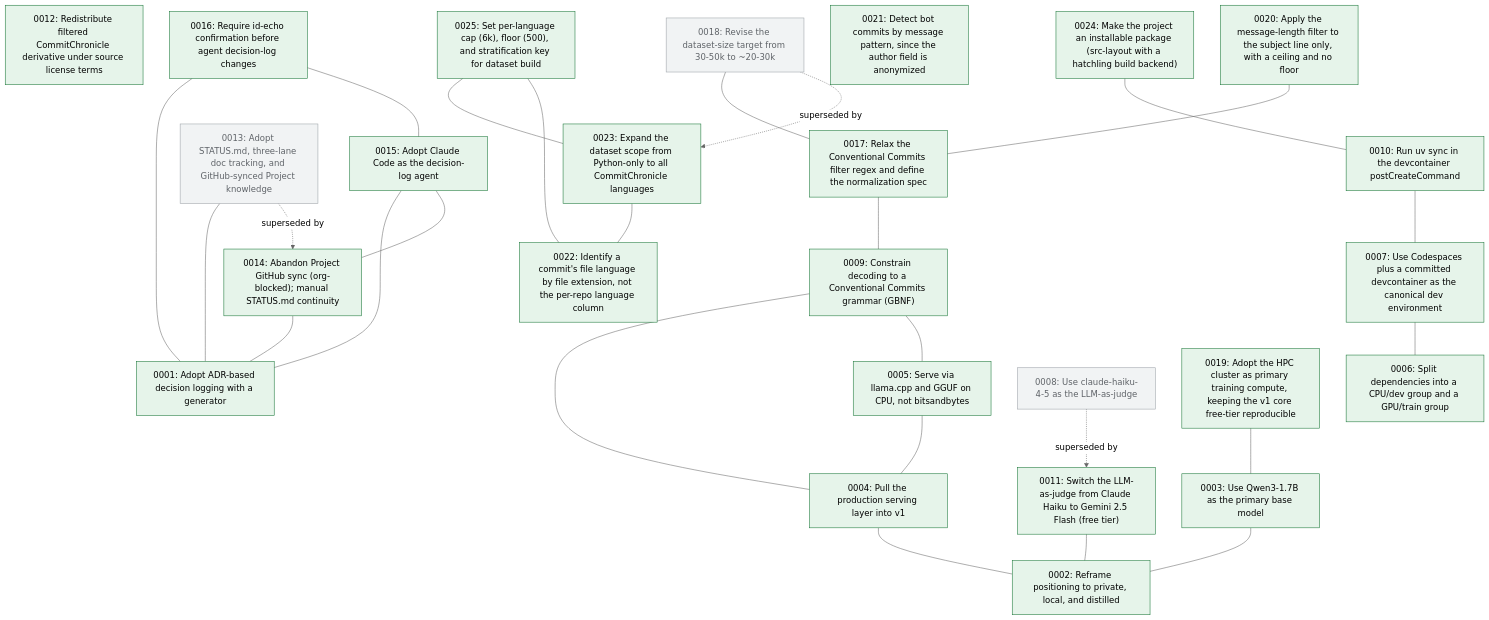
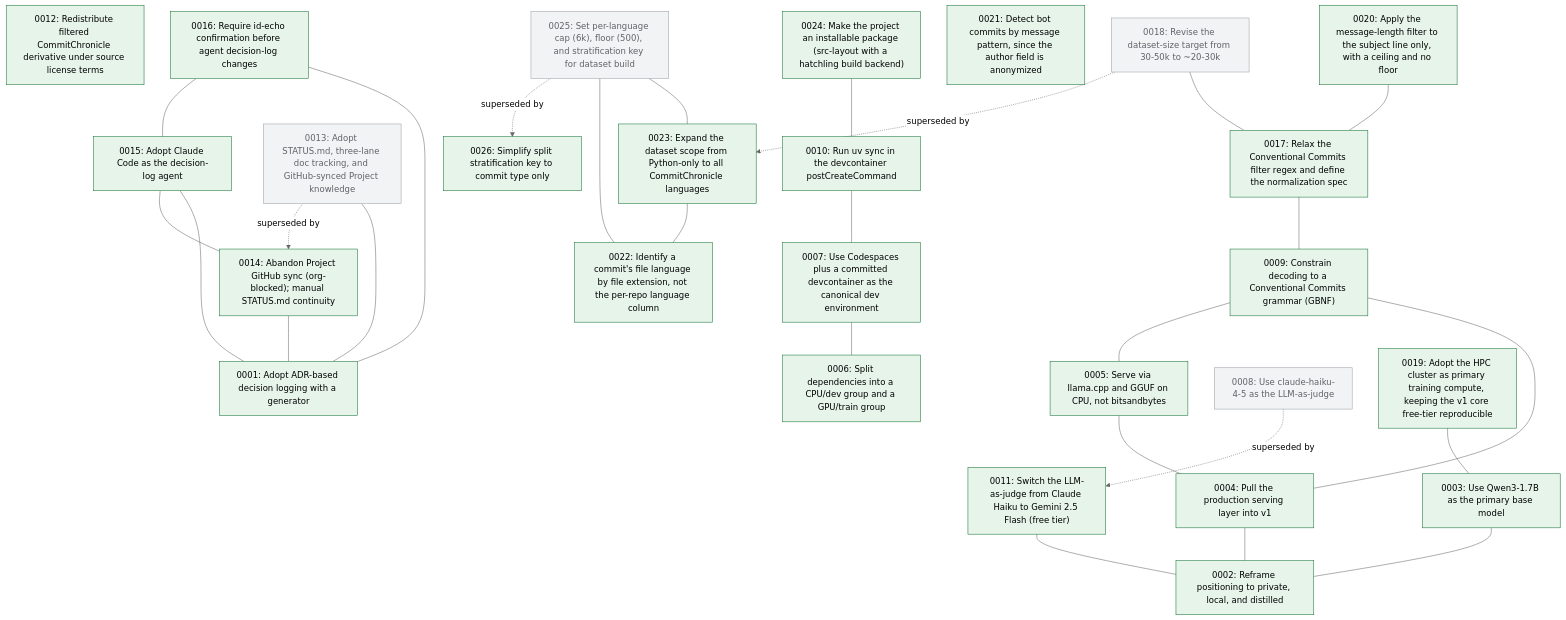
Before and after one commit to marzoukbaig14/Committed: the diagram in docs/decision-tree.md, drawn with Mermaid (neutral theme). The commit also changed 3 other files, not shown here.

Commit message:
docs: refine ADR 0025 stratification key to type-only (ADR 0026)

````diff
--- a/docs/decision-tree.md
+++ b/docs/decision-tree.md
@@ -5,57 +5,59 @@
 ```mermaid
 graph TD
   n0001["0001: Adopt ADR-based decision logging with a generator"]:::accepted
   n0002["0002: Reframe positioning to private, local, and distilled"]:::accepted
   n0003["0003: Use Qwen3-1.7B as the primary base model"]:::accepted
   n0004["0004: Pull the production serving layer into v1"]:::accepted
   n0005["0005: Serve via llama.cpp and GGUF on CPU, not bitsandbytes"]:::accepted
   n0006["0006: Split dependencies into a CPU/dev group and a GPU/train group"]:::accepted
   n0007["0007: Use Codespaces plus a committed devcontainer as the canonical dev environment"]:::accepted
   n0008["0008: Use claude-haiku-4-5 as the LLM-as-judge"]:::superseded
   n0009["0009: Constrain decoding to a Conventional Commits grammar (GBNF)"]:::accepted
   n0010["0010: Run uv sync in the devcontainer postCreateCommand"]:::accepted
   n0011["0011: Switch the LLM-as-judge from Claude Haiku to Gemini 2.5 Flash (free tier)"]:::accepted
   n0012["0012: Redistribute filtered CommitChronicle derivative under source license terms"]:::accepted
   n0013["0013: Adopt STATUS.md, three-lane doc tracking, and GitHub-synced Project knowledge"]:::superseded
   n0014["0014: Abandon Project GitHub sync (org-blocked); manual STATUS.md continuity"]:::accepted
   n0015["0015: Adopt Claude Code as the decision-log agent"]:::accepted
   n0016["0016: Require id-echo confirmation before agent decision-log changes"]:::accepted
   n0017["0017: Relax the Conventional Commits filter regex and define the normalization spec"]:::accepted
   n0018["0018: Revise the dataset-size target from 30-50k to ~20-30k"]:::superseded
   n0019["0019: Adopt the HPC cluster as primary training compute, keeping the v1 core free-tier reproducible"]:::accepted
   n0020["0020: Apply the message-length filter to the subject line only, with a ceiling and no floor"]:::accepted
   n0021["0021: Detect bot commits by message pattern, since the author field is anonymized"]:::accepted
   n0022["0022: Identify a commit's file language by file extension, not the per-repo language column"]:::accepted
   n0023["0023: Expand the dataset scope from Python-only to all CommitChronicle languages"]:::accepted
   n0024["0024: Make the project an installable package (src-layout with a hatchling build backend)"]:::accepted
-  n0025["0025: Set per-language cap (6k), floor (500), and stratification key for dataset build"]:::accepted
+  n0025["0025: Set per-language cap (6k), floor (500), and stratification key for dataset build"]:::superseded
+  n0026["0026: Simplify split stratification key to commit type only"]:::accepted
   n0003 --- n0002
   n0004 --- n0002
   n0005 --- n0004
   n0007 --- n0006
   n0009 --- n0004
   n0009 --- n0005
   n0010 --- n0007
   n0008 -. superseded by .-> n0011
   n0011 --- n0002
   n0013 --- n0001
   n0013 -. superseded by .-> n0014
   n0014 --- n0001
   n0015 --- n0001
   n0015 --- n0014
   n0016 --- n0001
   n0016 --- n0015
   n0017 --- n0009
   n0018 --- n0017
   n0019 --- n0003
   n0020 --- n0017
   n0018 -. superseded by .-> n0023
   n0023 --- n0022
   n0024 --- n0010
   n0025 --- n0023
   n0025 --- n0022
+  n0025 -. superseded by .-> n0026
   classDef proposed fill:#fff7e6,stroke:#d4a017;
   classDef accepted fill:#e6f4ea,stroke:#137333;
   classDef superseded fill:#f1f3f4,stroke:#9aa0a6,color:#5f6368;
   classDef deprecated fill:#fce8e6,stroke:#c5221f,color:#5f6368;
 ```
````
